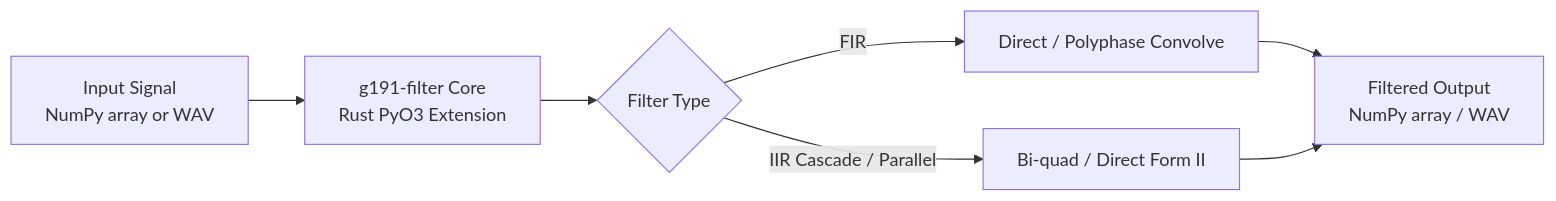
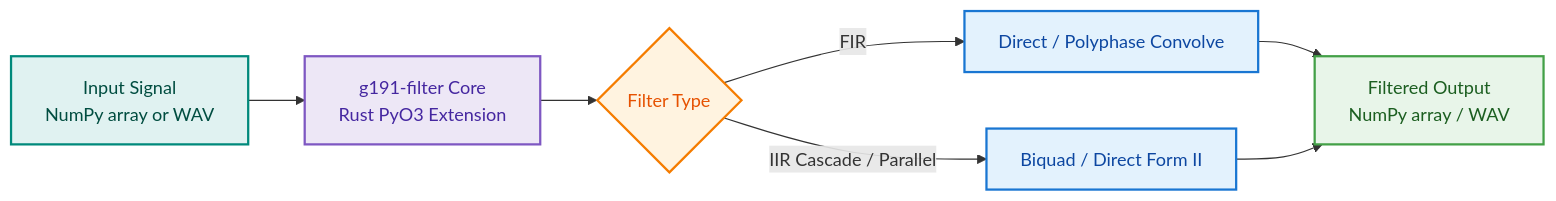
One commit to jr2804/g191-filter changed the diagram in docs/guides/one_shot_filtering.md. Above: the diagram before and after it, drawn with Mermaid. The commit also changed 1 other file, not shown here.

Commit message:
docs: improve mermaid diagrams (quoted labels, classDef styling, activation spans)

````diff
--- a/docs/guides/one_shot_filtering.md
+++ b/docs/guides/one_shot_filtering.md
@@ -12,9 +12,21 @@
 ```mermaid
 flowchart LR
-    A[Input Signal<br/>NumPy array or WAV] --> B[g191-filter Core<br/>Rust PyO3 Extension]
-    B --> C{Filter Type}
-    C -->|FIR| D[Direct / Polyphase Convolve]
-    C -->|IIR Cascade / Parallel| E[Bi-quad / Direct Form II]
-    D --> F[Filtered Output<br/>NumPy array / WAV]
+    A["Input Signal<br/>NumPy array or WAV"] --> B["g191-filter Core<br/>Rust PyO3 Extension"]
+    B --> C{"Filter Type"}
+    C -->|FIR| D["Direct / Polyphase Convolve"]
+    C -->|IIR Cascade / Parallel| E["Biquad / Direct Form II"]
+    D --> F["Filtered Output<br/>NumPy array / WAV"]
     E --> F
+
+    classDef input fill:#e0f2f1,stroke:#00897b,stroke-width:2px,color:#004d40;
+    classDef core fill:#ede7f6,stroke:#7e57c2,stroke-width:2px,color:#4527a0;
+    classDef decision fill:#fff3e0,stroke:#f57c00,stroke-width:2px,color:#e65100;
+    classDef process fill:#e3f2fd,stroke:#1976d2,stroke-width:2px,color:#0d47a1;
+    classDef output fill:#e8f5e9,stroke:#43a047,stroke-width:2px,color:#1b5e20;
+
+    class A input;
+    class B core;
+    class C decision;
+    class D,E process;
+    class F output;
 ```
````
